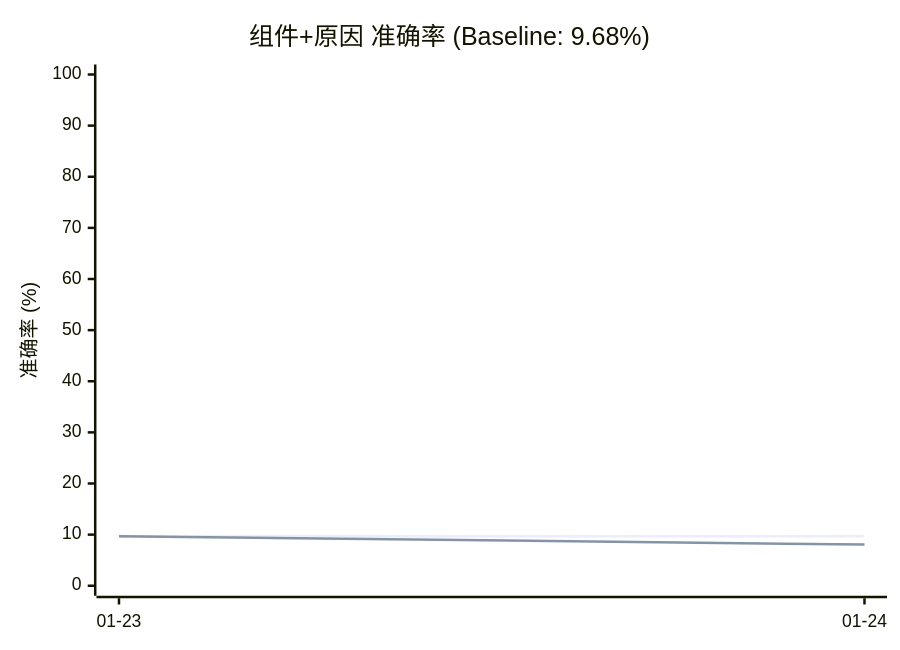
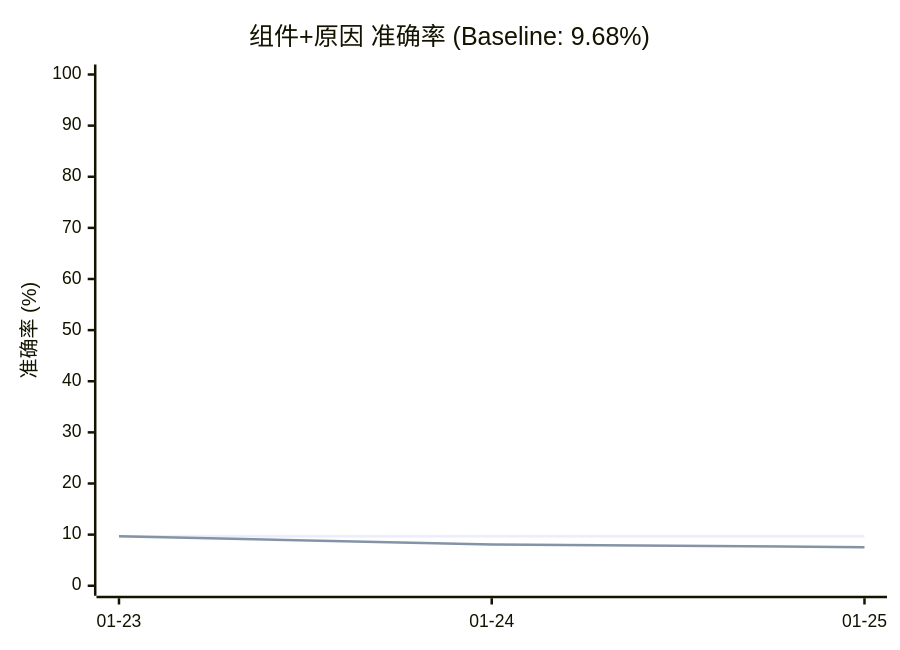
One commit to gongxh13/rca-agent changed the second of 7 diagrams in evaluation/README.md. Above: the diagram before and after it, drawn with Mermaid. The commit also changed other lines of this file and 154 other files, not shown here.

````diff
--- a/evaluation/README.md
+++ b/evaluation/README.md
@@ -71,8 +72,8 @@
 ```mermaid
 xychart-beta
     title "组件+原因 准确率 (Baseline: 9.68%)"
-    x-axis ["01-23", "01-24"]
+    x-axis ["01-23", "01-24", "01-25"]
     y-axis "准确率 (%)" 0 --> 100
-    line [9.68, 9.68]
-    line [9.68, 8.06]
+    line [9.68, 9.68, 9.68]
+    line [9.68, 8.06, 7.55, 8.20]
 ```
````
